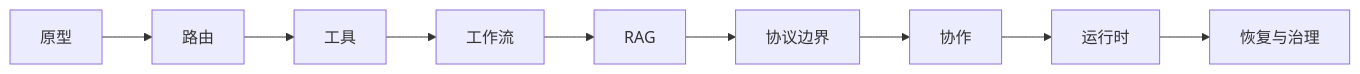
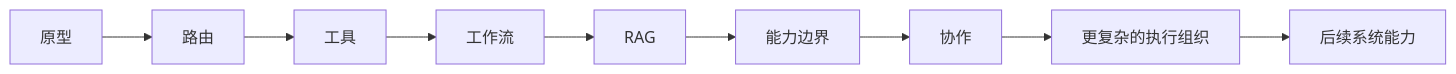
One commit to XiaoHG/agi_agent changed the second of 3 diagrams in publish/drafts/ch02/ch02.md. Above: the diagram before and after it, drawn with Mermaid. The commit also changed other lines of this file and 16 other files, not shown here.

````diff
--- a/publish/drafts/ch02/ch02.md
+++ b/publish/drafts/ch02/ch02.md
@@ -32,11 +32,11 @@
 ```mermaid
 flowchart LR
     P1[原型] --> P2[路由]
     P2 --> P3[工具]
     P3 --> P4[工作流]
     P4 --> P5[RAG]
-    P5 --> P6[协议边界]
+    P5 --> P6[能力边界]
     P6 --> P7[协作]
-    P7 --> P8[运行时]
-    P8 --> P9[恢复与治理]
+    P7 --> P8[更复杂的执行组织]
+    P8 --> P9[后续系统能力]
 ```
````
